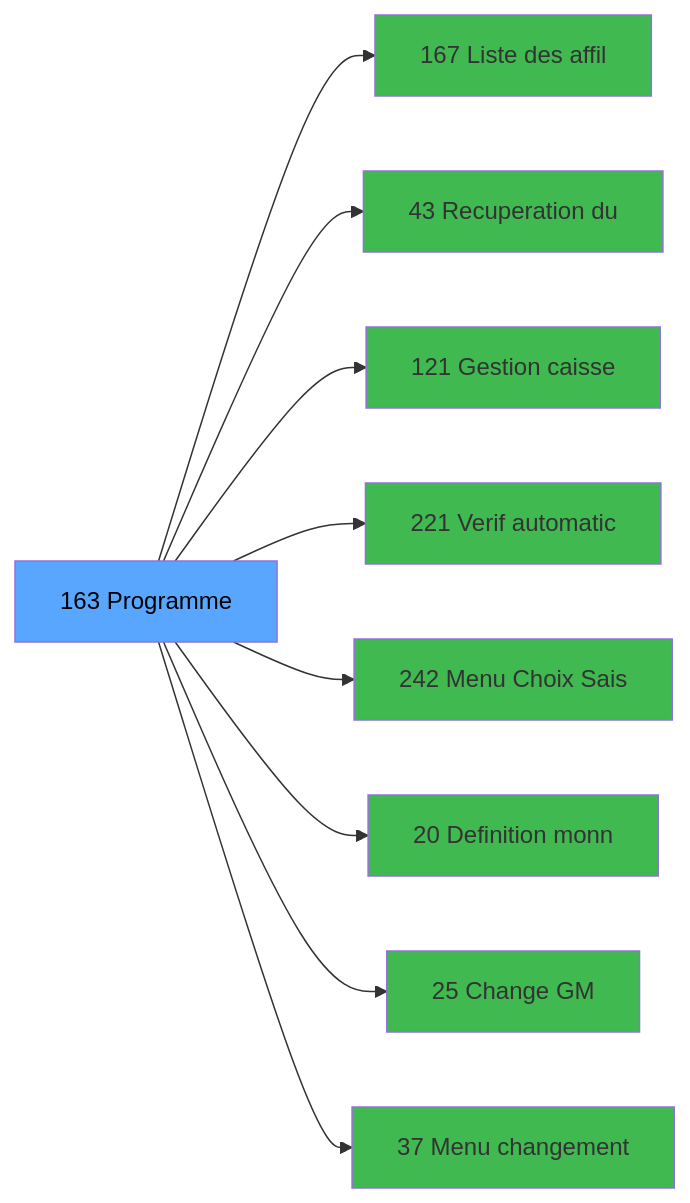
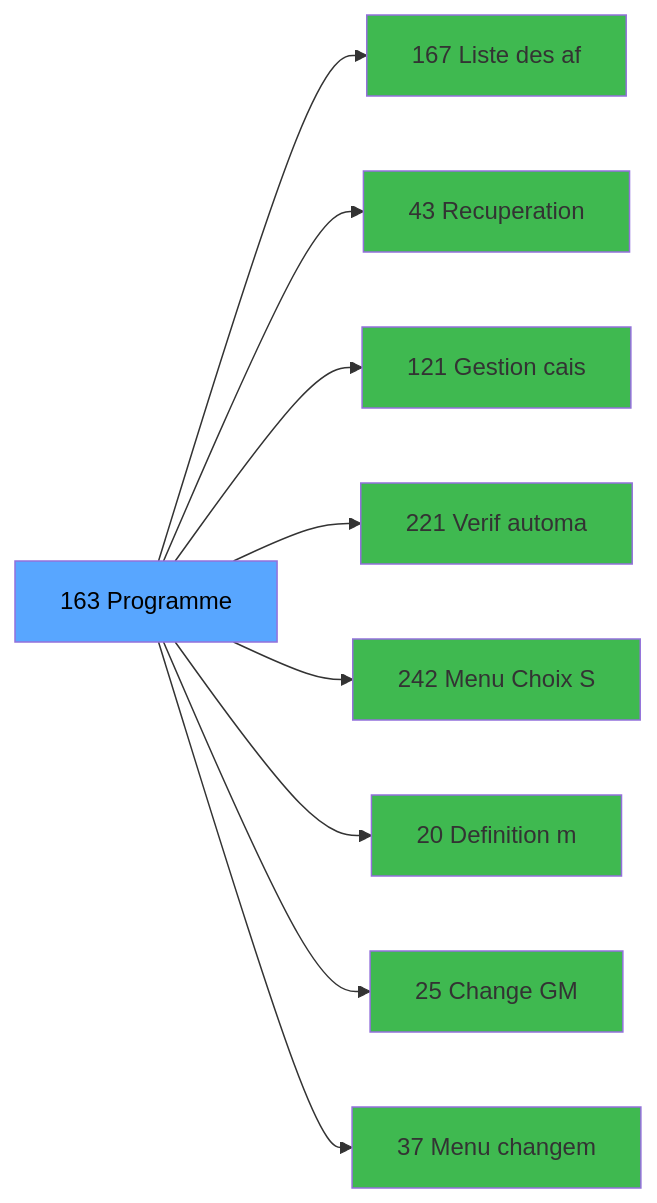
Before and after one commit to thonyAGP/magic-migration: the third of 3 diagrams in .openspec/specs/ADH-IDE-163.md, drawn with Mermaid. The commit also changed other lines of this file and 323 other files, not shown here.

````diff
--- a/.openspec/specs/ADH-IDE-163.md
+++ b/.openspec/specs/ADH-IDE-163.md
@@ -165,29 +193,29 @@
 ```mermaid
 graph LR
     T[163 Programme]
-    C167[167 Liste des affil]
+    C167[167 Liste des af]
     T --> C167
-    C43[43 Recuperation du]
+    C43[43 Recuperation]
     T --> C43
-    C121[121 Gestion caisse]
+    C121[121 Gestion cais]
     T --> C121
-    C221[221 Verif automatic]
+    C221[221 Verif automa]
     T --> C221
-    C242[242 Menu Choix Sais]
+    C242[242 Menu Choix S]
     T --> C242
-    C20[20 Definition monn]
+    C20[20 Definition m]
     T --> C20
     C25[25 Change GM]
     T --> C25
-    C37[37 Menu changement]
+    C37[37 Menu changem]
     T --> C37
     style T fill:#58a6ff,color:#000
     style C167 fill:#3fb950
     style C43 fill:#3fb950
     style C121 fill:#3fb950
     style C221 fill:#3fb950
     style C242 fill:#3fb950
     style C20 fill:#3fb950
     style C25 fill:#3fb950
     style C37 fill:#3fb950
 ```
````
